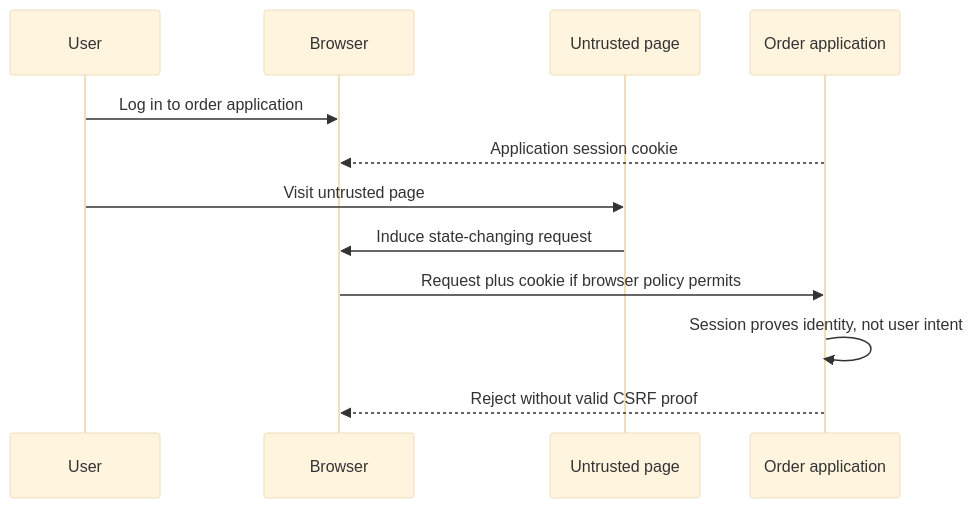
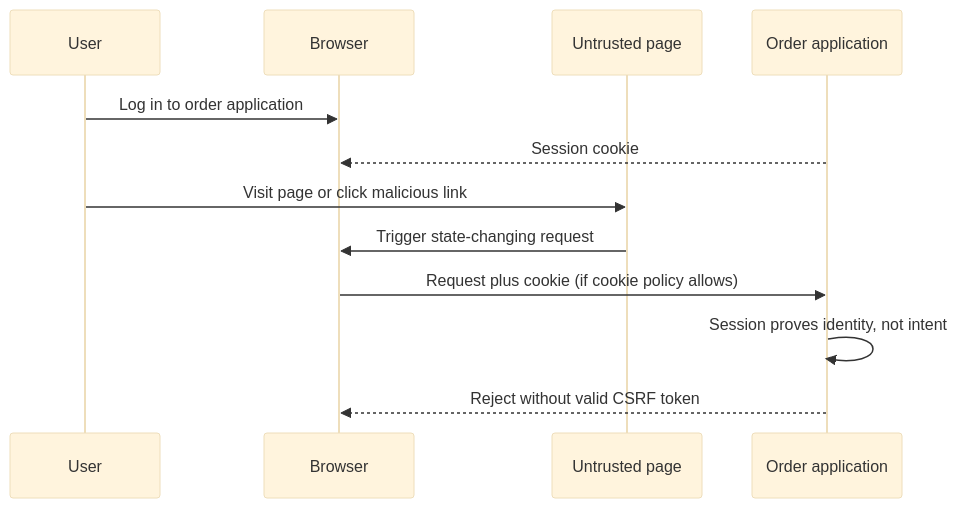
Diagram 14 of 15 in Authentication-Authorization-Patterns.md (guptanitesh-ng/study), drawn with Mermaid (base theme) before and after one commit. The commit also changed other lines of this file and 2 other files, not shown here.

````diff
--- a/Authentication-Authorization-Patterns.md
+++ b/Authentication-Authorization-Patterns.md
@@ -554,14 +629,14 @@
 ```mermaid
 sequenceDiagram
     participant User
     participant Browser
     participant Site as Untrusted page
     participant API as Order application
     User->>Browser: Log in to order application
-    API-->>Browser: Application session cookie
-    User->>Site: Visit untrusted page
-    Site->>Browser: Induce state-changing request
-    Browser->>API: Request plus cookie if browser policy permits
-    API->>API: Session proves identity, not user intent
-    API-->>Browser: Reject without valid CSRF proof
+    API-->>Browser: Session cookie
+    User->>Site: Visit page or click malicious link
+    Site->>Browser: Trigger state-changing request
+    Browser->>API: Request plus cookie (if cookie policy allows)
+    API->>API: Session proves identity, not intent
+    API-->>Browser: Reject without valid CSRF token
 ```
````
